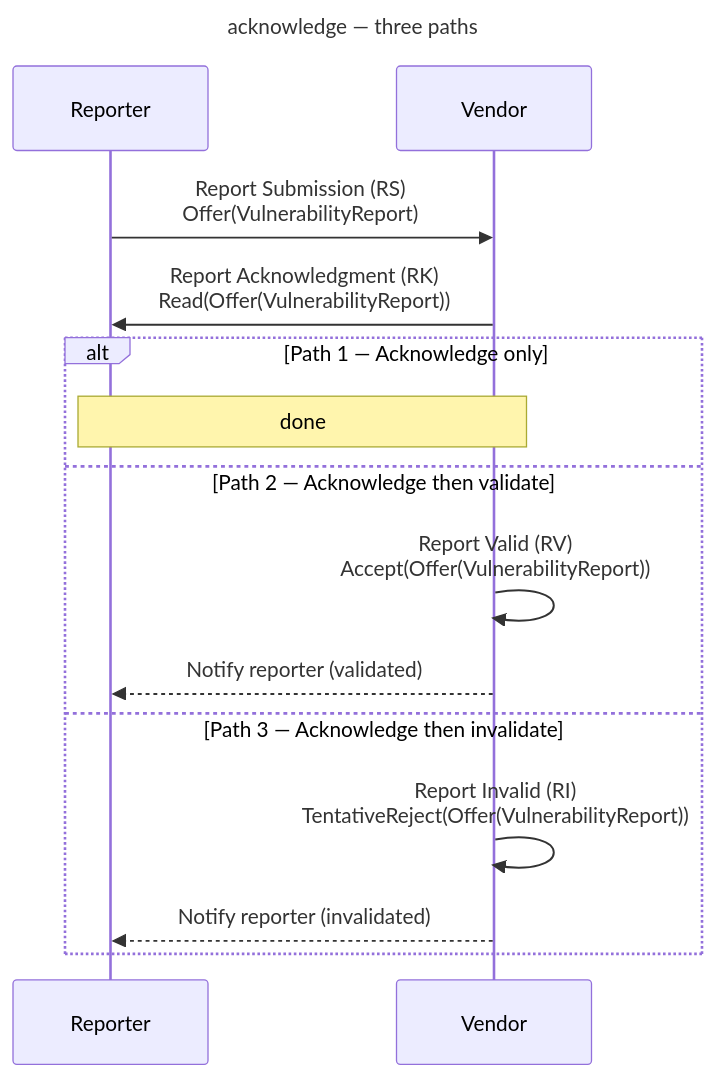
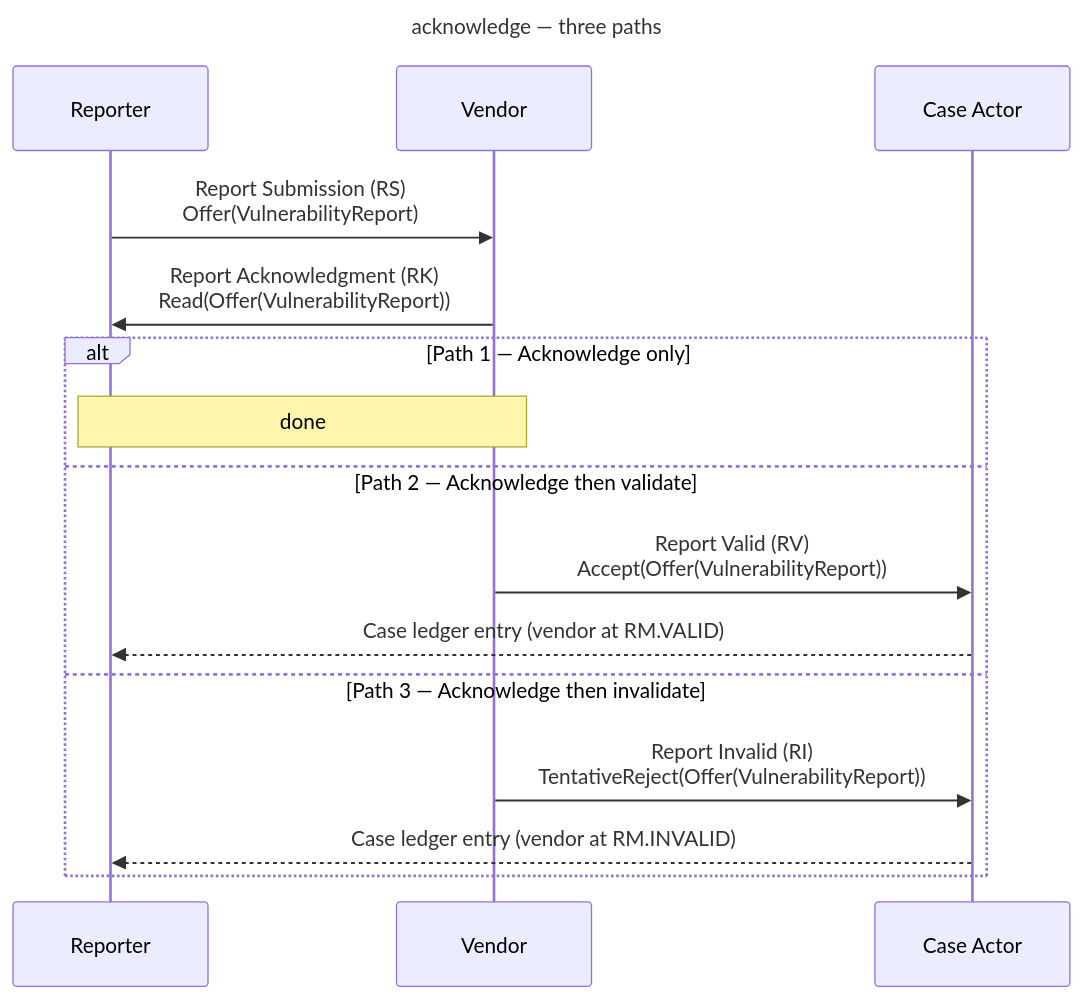
Before and after one commit to CERTCC/Vultron: the eighth of 9 diagrams in docs/tutorials/other_demos.md, drawn with Mermaid. The commit also changed other lines of this file and 1 other file, not shown here.

Commit message:
docs: exchange demo tutorials show report answers sent to the CaseActor (#5438)

````diff
--- a/docs/tutorials/other_demos.md
+++ b/docs/tutorials/other_demos.md
@@ -416,20 +420,21 @@
 ```mermaid
 ---
 title: acknowledge — three paths
 ---
 sequenceDiagram
     participant R as Reporter
     participant V as Vendor
+    participant CA as Case Actor
 
     R->>V: Report Submission (RS)<br/>Offer(VulnerabilityReport)
     V->>R: Report Acknowledgment (RK)<br/>Read(Offer(VulnerabilityReport))
     alt Path 1 — Acknowledge only
         Note over R,V: done
     else Path 2 — Acknowledge then validate
-        V->>V: Report Valid (RV)<br/>Accept(Offer(VulnerabilityReport))
-        V-->>R: Notify reporter (validated)
+        V->>CA: Report Valid (RV)<br/>Accept(Offer(VulnerabilityReport))
+        CA-->>R: Case ledger entry (vendor at RM.VALID)
     else Path 3 — Acknowledge then invalidate
-        V->>V: Report Invalid (RI)<br/>TentativeReject(Offer(VulnerabilityReport))
-        V-->>R: Notify reporter (invalidated)
+        V->>CA: Report Invalid (RI)<br/>TentativeReject(Offer(VulnerabilityReport))
+        CA-->>R: Case ledger entry (vendor at RM.INVALID)
     end
 ```
````
